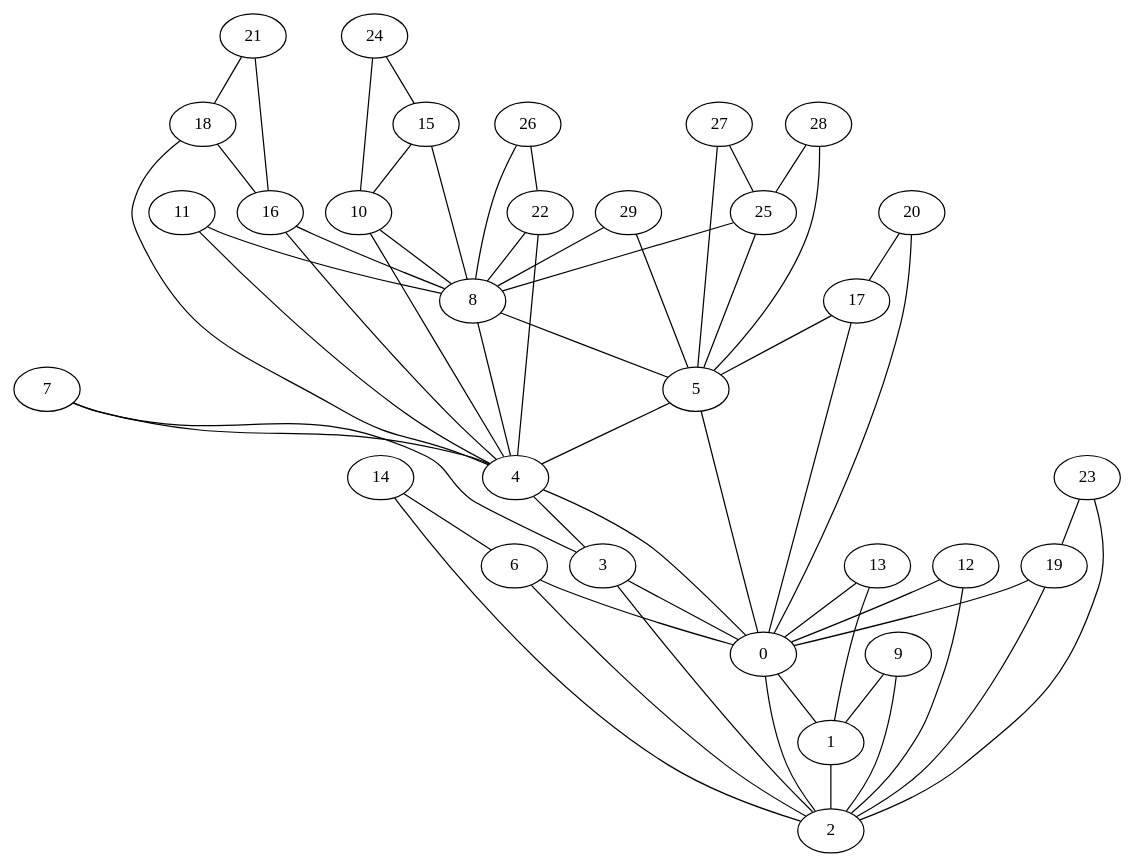
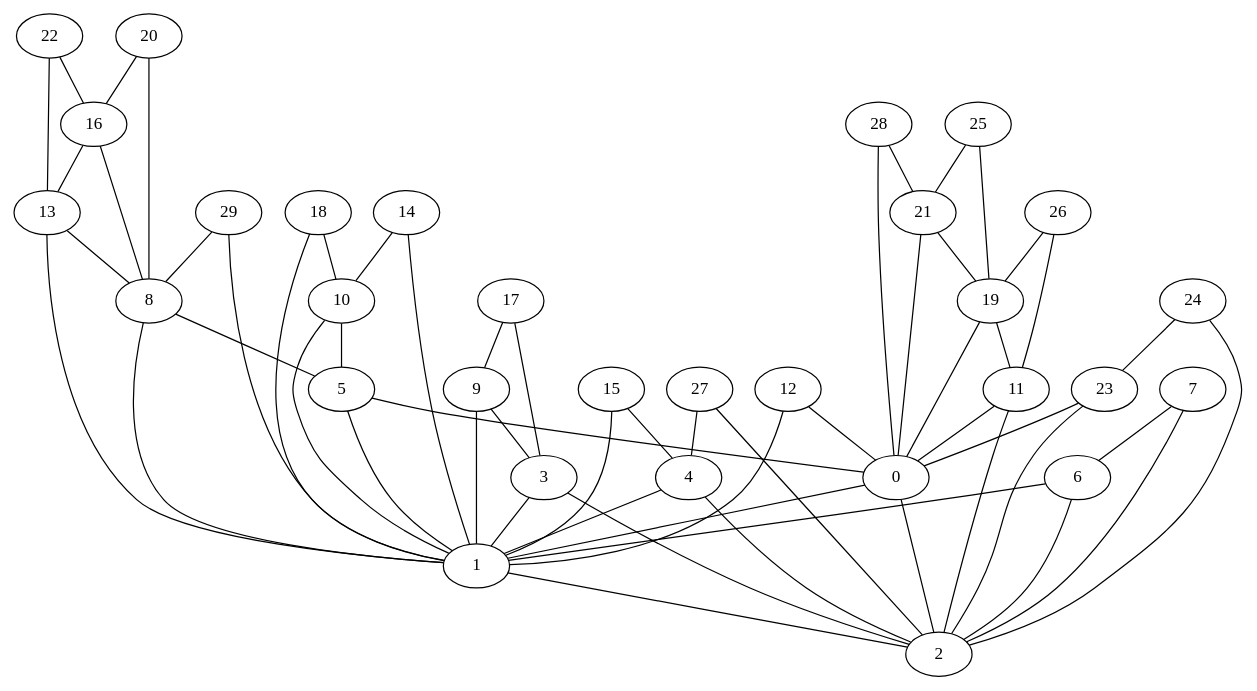
The diagram in gv/Dorogovtsev_Mendes_30.gv (HugoBec/graph), drawn with Graphviz before and after one commit. The commit also changed 90 other files, not shown here.

```diff
--- a/gv/Dorogovtsev_Mendes_30.gv
+++ b/gv/Dorogovtsev_Mendes_30.gv
@@ -1,89 +1,89 @@
 graph {
 	0 [label=0]
 	1 [label=1]
 	2 [label=2]
 	3 [label=3]
 	4 [label=4]
 	5 [label=5]
 	6 [label=6]
 	7 [label=7]
 	8 [label=8]
 	9 [label=9]
 	10 [label=10]
 	11 [label=11]
 	12 [label=12]
 	13 [label=13]
 	14 [label=14]
 	15 [label=15]
 	16 [label=16]
 	17 [label=17]
 	18 [label=18]
 	19 [label=19]
 	20 [label=20]
 	21 [label=21]
 	22 [label=22]
 	23 [label=23]
 	24 [label=24]
 	25 [label=25]
 	26 [label=26]
 	27 [label=27]
 	28 [label=28]
 	29 [label=29]
 	0 -- 1
 	1 -- 2
 	2 -- 0
+	3 -- 1
 	3 -- 2
-	3 -- 0
-	4 -- 3
-	4 -- 0
-	5 -- 4
+	4 -- 1
+	4 -- 2
 	5 -- 0
+	5 -- 1
+	6 -- 1
 	6 -- 2
-	6 -- 0
-	7 -- 4
-	7 -- 3
+	7 -- 6
+	7 -- 2
 	8 -- 5
-	8 -- 4
+	8 -- 1
+	9 -- 3
 	9 -- 1
-	9 -- 2
-	10 -- 8
-	10 -- 4
-	11 -- 8
-	11 -- 4
-	12 -- 2
+	10 -- 5
+	10 -- 1
+	11 -- 2
+	11 -- 0
 	12 -- 0
-	13 -- 0
+	12 -- 1
+	13 -- 8
 	13 -- 1
-	14 -- 6
-	14 -- 2
-	15 -- 10
-	15 -- 8
+	14 -- 10
+	14 -- 1
+	15 -- 4
+	15 -- 1
+	16 -- 13
 	16 -- 8
-	16 -- 4
-	17 -- 5
-	17 -- 0
-	18 -- 16
-	18 -- 4
-	19 -- 2
+	17 -- 9
+	17 -- 3
+	18 -- 10
+	18 -- 1
+	19 -- 11
 	19 -- 0
-	20 -- 17
-	20 -- 0
-	21 -- 18
-	21 -- 16
-	22 -- 8
-	22 -- 4
-	23 -- 19
+	20 -- 16
+	20 -- 8
+	21 -- 19
+	21 -- 0
+	22 -- 16
+	22 -- 13
 	23 -- 2
-	24 -- 15
-	24 -- 10
-	25 -- 8
-	25 -- 5
-	26 -- 22
-	26 -- 8
-	27 -- 25
-	27 -- 5
-	28 -- 25
-	28 -- 5
+	23 -- 0
+	24 -- 23
+	24 -- 2
+	25 -- 21
+	25 -- 19
+	26 -- 19
+	26 -- 11
+	27 -- 4
+	27 -- 2
+	28 -- 21
+	28 -- 0
 	29 -- 8
-	29 -- 5
+	29 -- 1
 }
```
